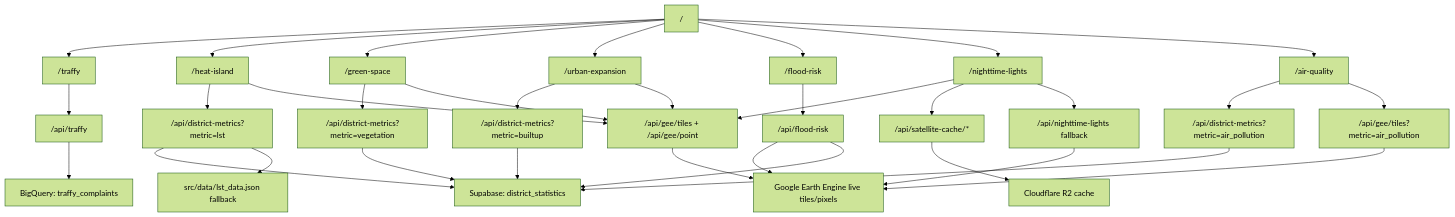
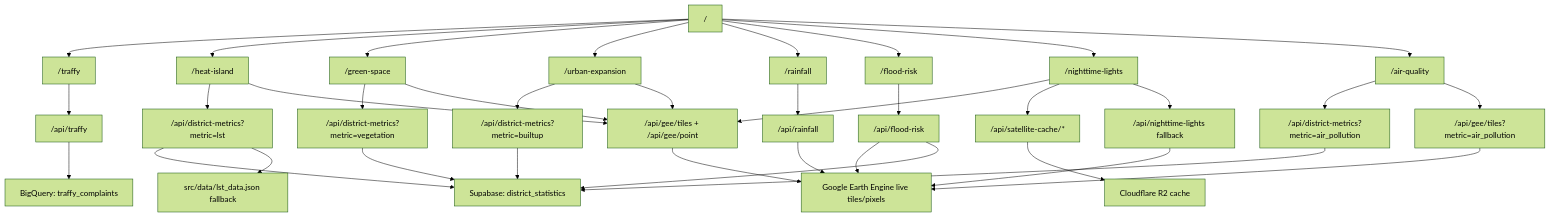
One commit to sorrawitsuk-cyber/bkkanalysis001 changed the first of 2 diagrams in docs/APP_WORKFLOW.md. Above: the diagram before and after it, drawn with Mermaid (forest theme). The commit also changed other lines of this file and 7 other files, not shown here.

````diff
--- a/docs/APP_WORKFLOW.md
+++ b/docs/APP_WORKFLOW.md
@@ -7,41 +7,44 @@
 ```mermaid
 flowchart TD
   Home["/"] --> Traffy["/traffy"]
   Home --> Heat["/heat-island"]
   Home --> Green["/green-space"]
   Home --> BuiltUp["/urban-expansion"]
+  Home --> Rain["/rainfall"]
   Home --> Flood["/flood-risk"]
   Home --> Night["/nighttime-lights"]
   Home --> Air["/air-quality"]
 
   Traffy --> TraffyApi["/api/traffy"]
   TraffyApi --> BigQuery["BigQuery: traffy_complaints"]
 
   Heat --> DistrictMetrics["/api/district-metrics?metric=lst"]
   Green --> DistrictMetricsVegetation["/api/district-metrics?metric=vegetation"]
   BuiltUp --> DistrictMetricsBuiltUp["/api/district-metrics?metric=builtup"]
   DistrictMetrics --> SupabaseStats["Supabase: district_statistics"]
   DistrictMetricsVegetation --> SupabaseStats
   DistrictMetricsBuiltUp --> SupabaseStats
   DistrictMetrics --> LocalFallback["src/data/lst_data.json fallback"]
 
   Heat --> GeeTiles["/api/gee/tiles + /api/gee/point"]
   Green --> GeeTiles
   BuiltUp --> GeeTiles
+  Rain --> RainApi["/api/rainfall"]
+  RainApi --> GEE
   Night --> GeeTiles
   GeeTiles --> GEE["Google Earth Engine live tiles/pixels"]
 
   Flood --> FloodApi["/api/flood-risk"]
   FloodApi --> GEE
   FloodApi --> SupabaseStats
 
   Night --> CacheProxy["/api/satellite-cache/*"]
   CacheProxy --> R2["Cloudflare R2 cache"]
   Night --> NightApi["/api/nighttime-lights fallback"]
   NightApi --> GEE
 
   Air --> AirMetrics["/api/district-metrics?metric=air_pollution"]
   AirMetrics --> SupabaseStats
   Air --> AirTiles["/api/gee/tiles?metric=air_pollution"]
   AirTiles --> GEE
 ```
````
